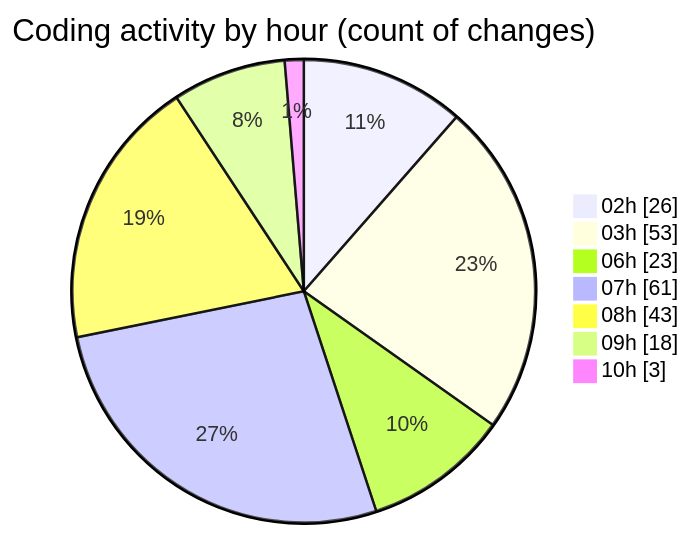
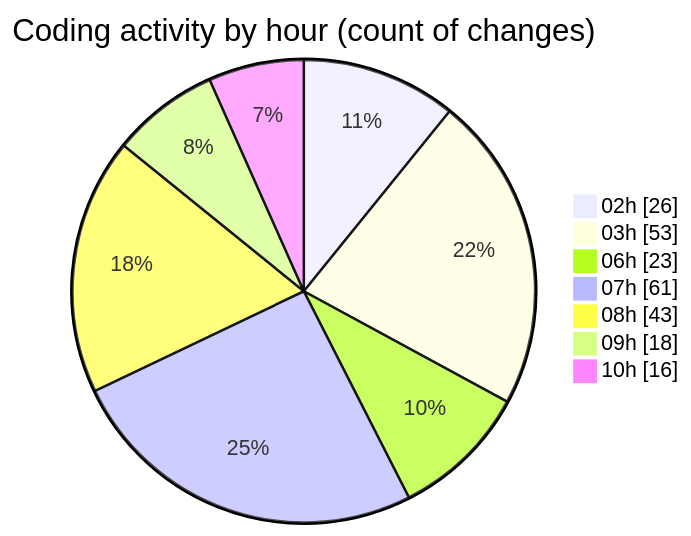
One commit to charlie-sans/code-tracking changed the second of 2 diagrams in 2025-02-22/micros/README.md. Above: the diagram before and after it, drawn with Mermaid. The commit also changed other lines of this file and 1 other file, not shown here.

````diff
--- a/2025-02-22/micros/README.md
+++ b/2025-02-22/micros/README.md
@@ -75,11 +78,11 @@
 ```mermaid
 pie showData
 title Coding activity by hour (count of changes)
 "02h" : 26
 "03h" : 53
 "06h" : 23
 "07h" : 61
 "08h" : 43
 "09h" : 18
-"10h" : 3
+"10h" : 16
 ```
````
